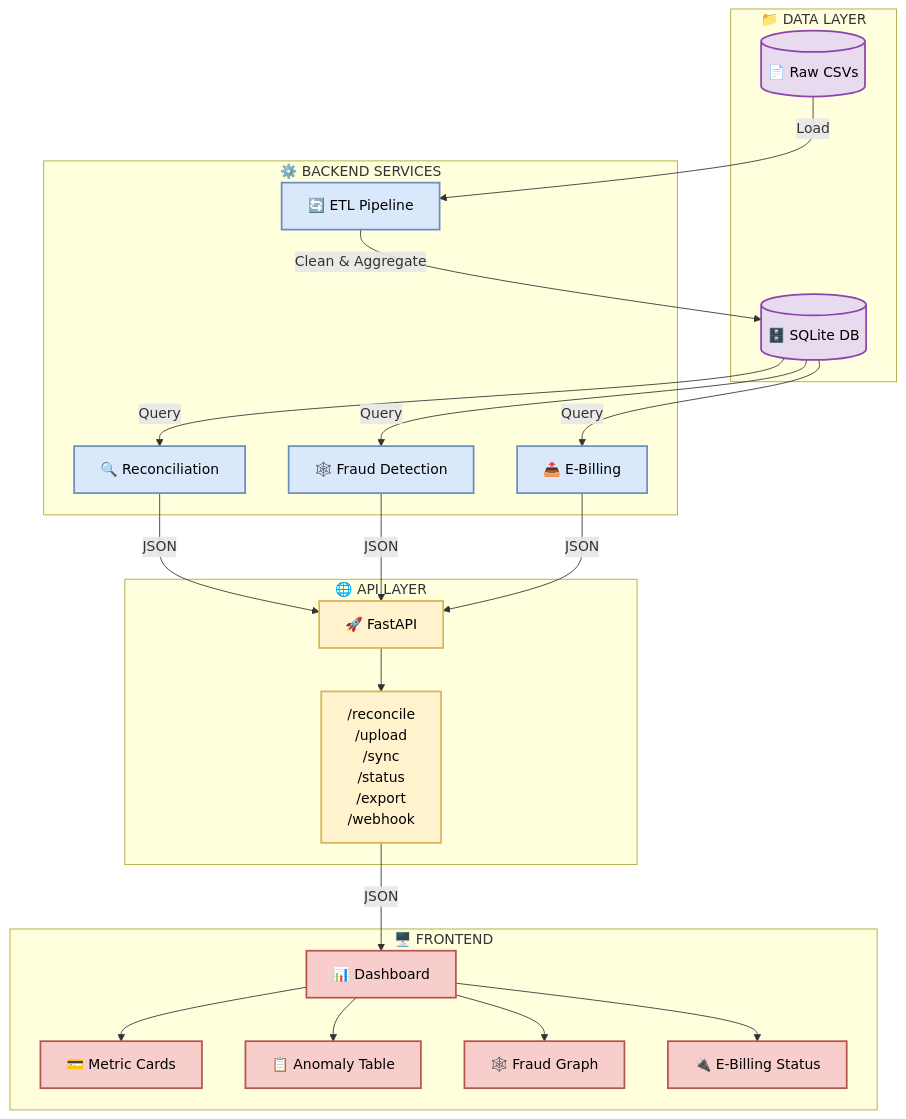
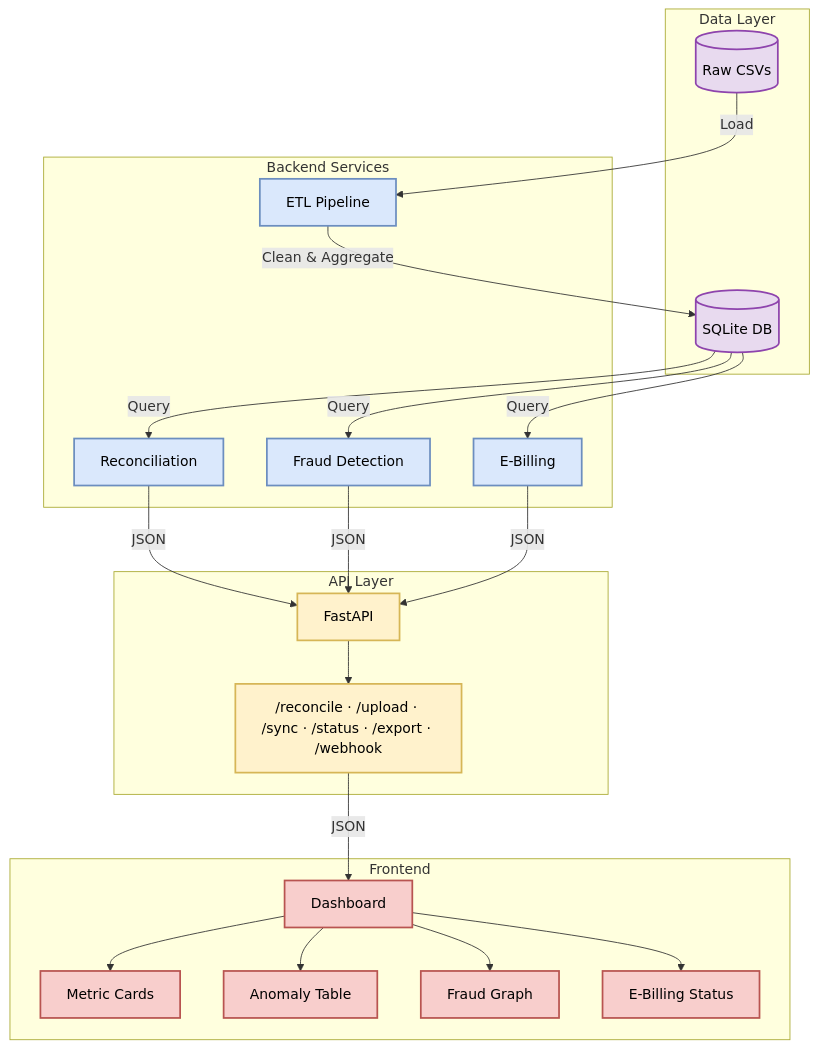
One commit to TristanBrian/revenue-assurance changed the diagram in README.md. Above: the diagram before and after it, drawn with Mermaid. The commit also changed other lines of this file, not shown here.

````diff
--- a/README.md
+++ b/README.md
@@ -23,97 +18,54 @@
 ```mermaid
-
 graph TD
-
-    subgraph Data_Layer["📁 DATA LAYER"]
-
-        CSV[("📄 Raw CSVs")]
-
-        DB[("🗄️ SQLite DB")]
-
+    subgraph Data_Layer["Data Layer"]
+        CSV[("Raw CSVs")]
+        DB[("SQLite DB")]
     end
 
-    subgraph Service_Layer["⚙️ BACKEND SERVICES"]
-
-        ETL["🔄 ETL Pipeline"]
-
-        Recon["🔍 Reconciliation"]
-
-        Fraud["🕸️ Fraud Detection"]
-
-        EBill["📤 E-Billing"]
-
+    subgraph Service_Layer["Backend Services"]
+        ETL["ETL Pipeline"]
+        Recon["Reconciliation"]
+        Fraud["Fraud Detection"]
+        EBill["E-Billing"]
     end
 
-    subgraph API_Layer["🌐 API LAYER"]
-
-        API["🚀 FastAPI"]
-
-        Routes["/reconcile<br>/upload<br>/sync<br>/status<br>/export<br>/webhook"]
-
+    subgraph API_Layer["API Layer"]
+        API["FastAPI"]
+        Routes["/reconcile · /upload · /sync · /status · /export · /webhook"]
     end
 
-    subgraph UI_Layer["🖥️ FRONTEND"]
-
-        Dashboard["📊 Dashboard"]
-
-        Cards["💳 Metric Cards"]
-
-        Table["📋 Anomaly Table"]
-
-        Graph["🕸️ Fraud Graph"]
-
-        EBillUI["🔌 E-Billing Status"]
-
+    subgraph UI_Layer["Frontend"]
+        Dashboard["Dashboard"]
+        Cards["Metric Cards"]
+        Table["Anomaly Table"]
+        Graph["Fraud Graph"]
+        EBillUI["E-Billing Status"]
     end
 
     CSV -->|Load| ETL
-
     ETL -->|Clean & Aggregate| DB
-
     DB -->|Query| Recon
-
     DB -->|Query| Fraud
-
     DB -->|Query| EBill
 
-    
-
     Recon -->|JSON| API
-
     Fraud -->|JSON| API
-
     EBill -->|JSON| API
-
     API --> Routes
 
-    
-
     Routes -->|JSON| Dashboard
-
     Dashboard --> Cards
-
     Dashboard --> Table
-
     Dashboard --> Graph
-
     Dashboard --> EBillUI
 
     classDef data fill:#e8daef,stroke:#8e44ad,stroke-width:2px,color:#000
-
     classDef service fill:#dae8fc,stroke:#6c8ebf,stroke-width:2px,color:#000
-
     classDef api fill:#fff2cc,stroke:#d6b656,stroke-width:2px,color:#000
-
     classDef ui fill:#f8cecc,stroke:#b85450,stroke-width:2px,color:#000
 
-    
-
     class CSV,DB data
-
     class ETL,Recon,Fraud,EBill service
-
     class API,Routes api
-
     class Dashboard,Cards,Table,Graph,EBillUI ui
-
 ```
````
